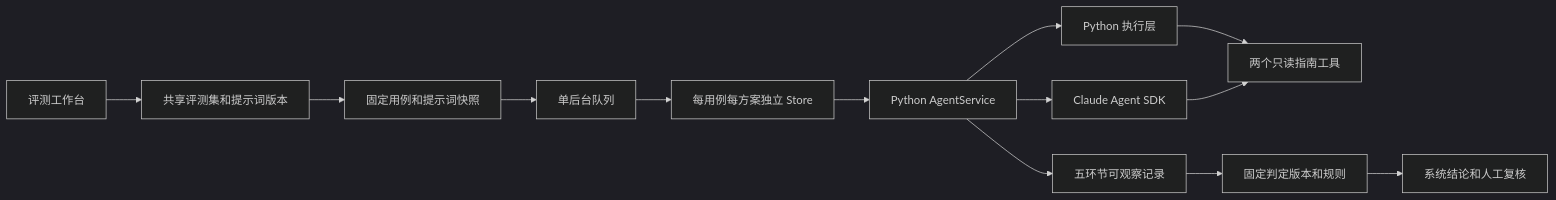
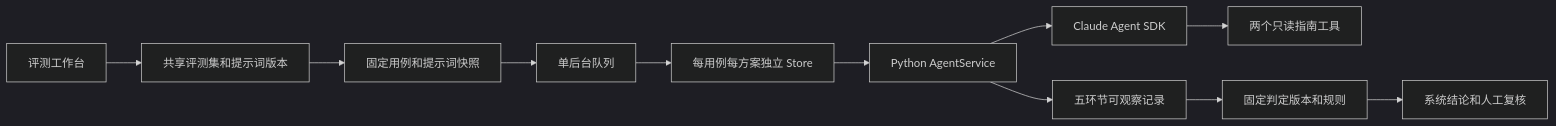
Before and after one commit to BMBWaveforms/LifeOS: the first of 2 diagrams in docs/评测工作台.md, drawn with Mermaid (dark theme). The commit also changed other lines of this file and 116 other files, not shown here.

````diff
--- a/docs/评测工作台.md
+++ b/docs/评测工作台.md
@@ -45,15 +55,13 @@
 ```mermaid
 flowchart LR
     UI[评测工作台] --> DEF[共享评测集和提示词版本]
     DEF --> PIN[固定用例和提示词快照]
     PIN --> QUEUE[单后台队列]
     QUEUE --> CASE[每用例每方案独立 Store]
     CASE --> SERVICE[Python AgentService]
-    SERVICE --> NATIVE[Python 执行层]
     SERVICE --> SDK[Claude Agent SDK]
-    NATIVE --> TOOLS[两个只读指南工具]
-    SDK --> TOOLS
+    SDK --> TOOLS[两个只读指南工具]
     SERVICE --> OBS[五环节可观察记录]
     OBS --> JUDGE[固定判定版本和规则]
     JUDGE --> REVIEW[系统结论和人工复核]
 ```
````
